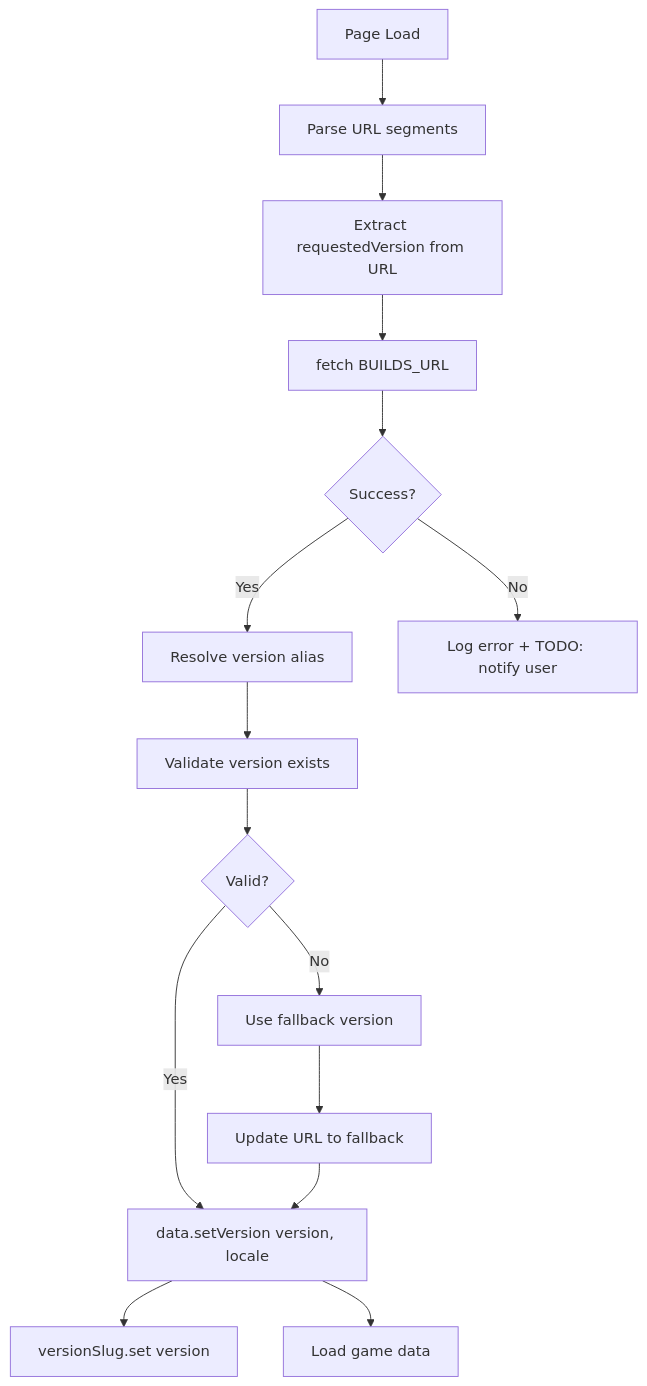
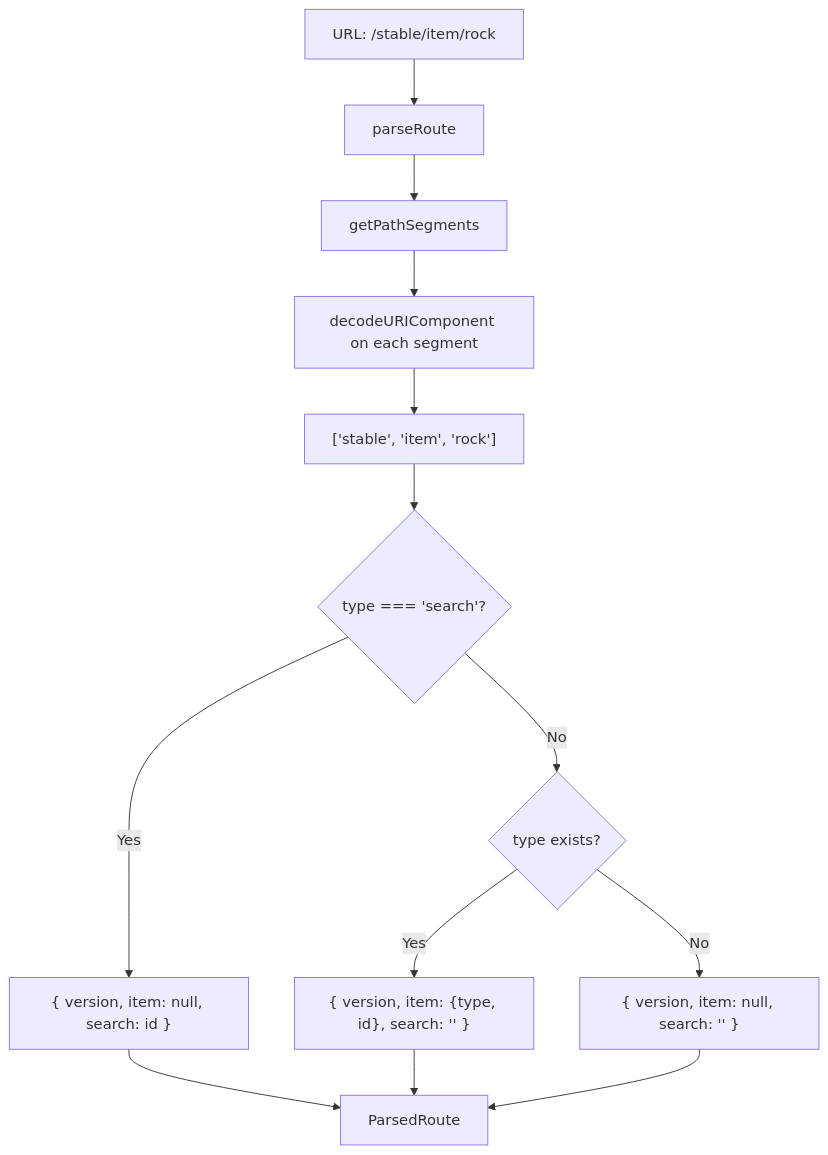
One commit to ushkinaz/cbn-guide changed the second of 2 diagrams in docs/routing.md. Above: the diagram before and after it, drawn with Mermaid. The commit also changed other lines of this file, not shown here.

````diff
--- a/docs/routing.md
+++ b/docs/routing.md
@@ -145,17 +129,19 @@
 ```mermaid
 graph TD
-    A[Page Load] --> B[Parse URL segments]
-    B --> C[Extract requestedVersion from URL]
-    C --> D[fetch BUILDS_URL]
-    D --> E{Success?}
-    E -->|Yes| F[Resolve version alias]
-    F --> G[Validate version exists]
-    G --> H{Valid?}
-    H -->|Yes| I[data.setVersion version, locale]
-    H -->|No| J[Use fallback version]
-    J --> K[Update URL to fallback]
-    K --> I
-    I --> L[versionSlug.set version]
-    I --> M[Load game data]
-    E -->|No| N[Log error + TODO: notify user]
+    Start[URL: /stable/item/rock] --> Parse[parseRoute]
+
+    Parse --> GetSeg[getPathSegments]
+    GetSeg --> Decode[decodeURIComponent on each segment]
+    Decode --> Segments["['stable', 'item', 'rock']"]
+
+    Segments --> Check{type === 'search'?}
+    Check -->|Yes| SearchRoute["{ version, item: null, search: id }"]
+    Check -->|No| CheckItem{type exists?}
+
+    CheckItem -->|Yes| ItemRoute["{ version, item: {type, id}, search: '' }"]
+    CheckItem -->|No| HomeRoute["{ version, item: null, search: '' }"]
+
+    SearchRoute --> Return[ParsedRoute]
+    ItemRoute --> Return
+    HomeRoute --> Return
 ```
````
